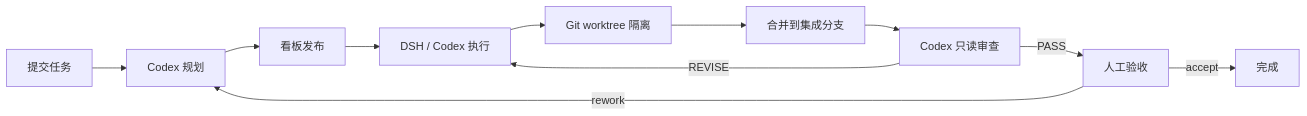
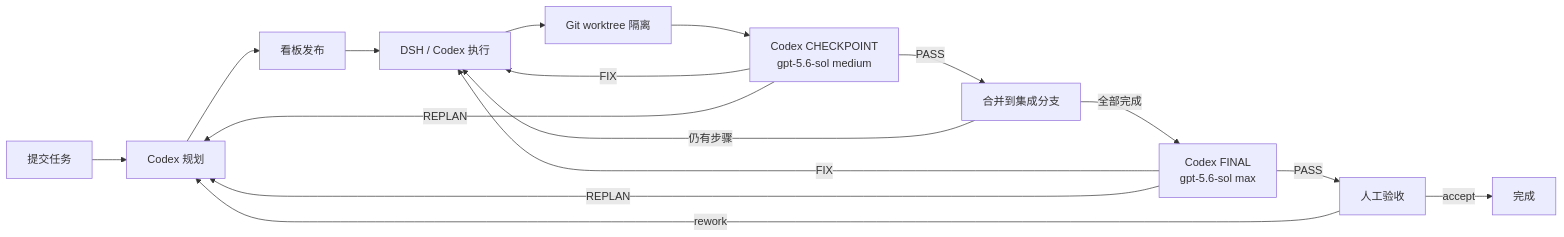
One commit to zhuzhihao991016-ui/dsh-taskflow changed the diagram in README.md. Above: the diagram before and after it, drawn with Mermaid. The commit also changed other lines of this file and 24 other files, not shown here.

````diff
--- a/README.md
+++ b/README.md
@@ -9,13 +9,18 @@
 ```mermaid
 flowchart LR
     A[提交任务] --> B[Codex 规划]
     B --> C[看板发布]
     C --> D[DSH / Codex 执行]
     D --> E[Git worktree 隔离]
-    E --> F[合并到集成分支]
-    F --> G[Codex 只读审查]
-    G -->|REVISE| D
-    G -->|PASS| H[人工验收]
-    H -->|accept| I[完成]
-    H -->|rework| B
+    E --> F[Codex CHECKPOINT<br/>gpt-5.6-sol medium]
+    F -->|FIX| D
+    F -->|REPLAN| B
+    F -->|PASS| G[合并到集成分支]
+    G -->|仍有步骤| D
+    G -->|全部完成| H[Codex FINAL<br/>gpt-5.6-sol max]
+    H -->|FIX| D
+    H -->|REPLAN| B
+    H -->|PASS| I[人工验收]
+    I -->|accept| J[完成]
+    I -->|rework| B
 ```
````
